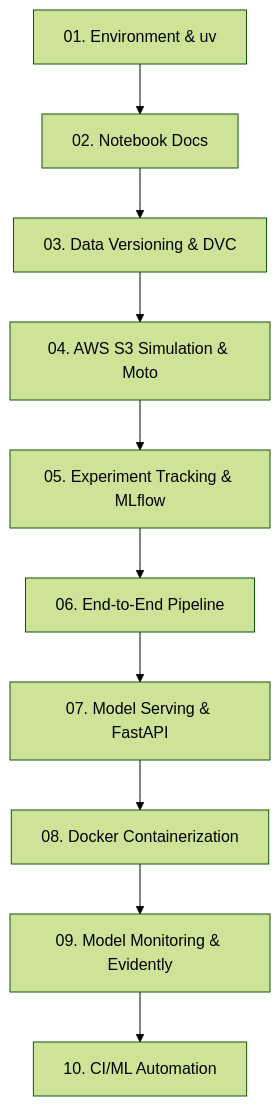
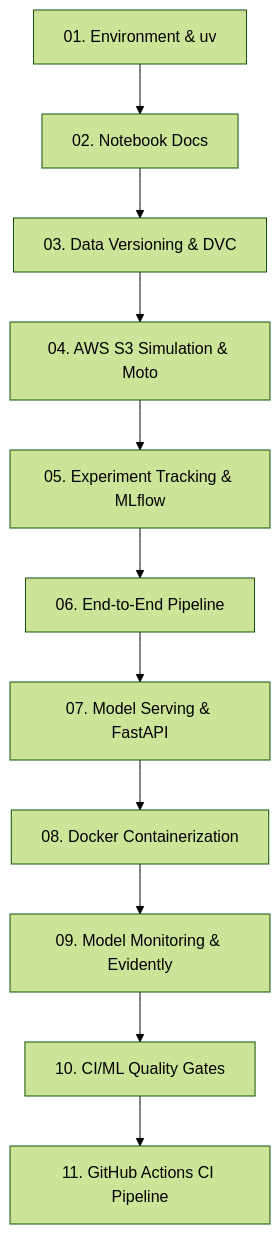
Before and after one commit to sadatian/MLOps: the diagram in docs/index.md, drawn with Mermaid (forest theme). The commit also changed other lines of this file and 6 other files, not shown here.

Commit message:
feat: add module 11 for GitHub Actions pipeline and refactor CI documentation to distinguish between quality gating and automated CI workflows

````diff
--- a/docs/index.md
+++ b/docs/index.md
@@ -13,12 +13,13 @@
 ```mermaid
 graph TD
     M1[01. Environment & uv] --> M2[02. Notebook Docs]
     M2 --> M3[03. Data Versioning & DVC]
     M3 --> M4[04. AWS S3 Simulation & Moto]
     M4 --> M5[05. Experiment Tracking & MLflow]
     M5 --> M6[06. End-to-End Pipeline]
     M6 --> M7[07. Model Serving & FastAPI]
     M7 --> M8[08. Docker Containerization]
     M8 --> M9[09. Model Monitoring & Evidently]
-    M9 --> M10[10. CI/ML Automation]
+    M9 --> M10[10. CI/ML Quality Gates]
+    M10 --> M11[11. GitHub Actions CI Pipeline]
 ```
````
